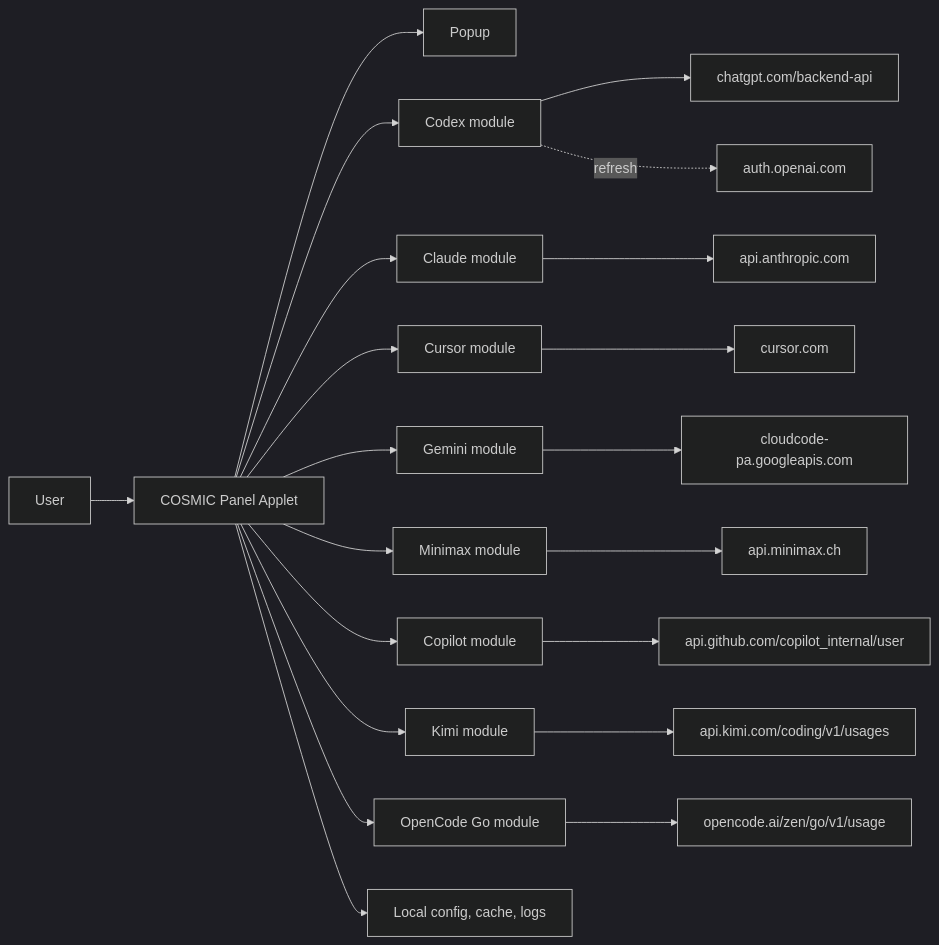
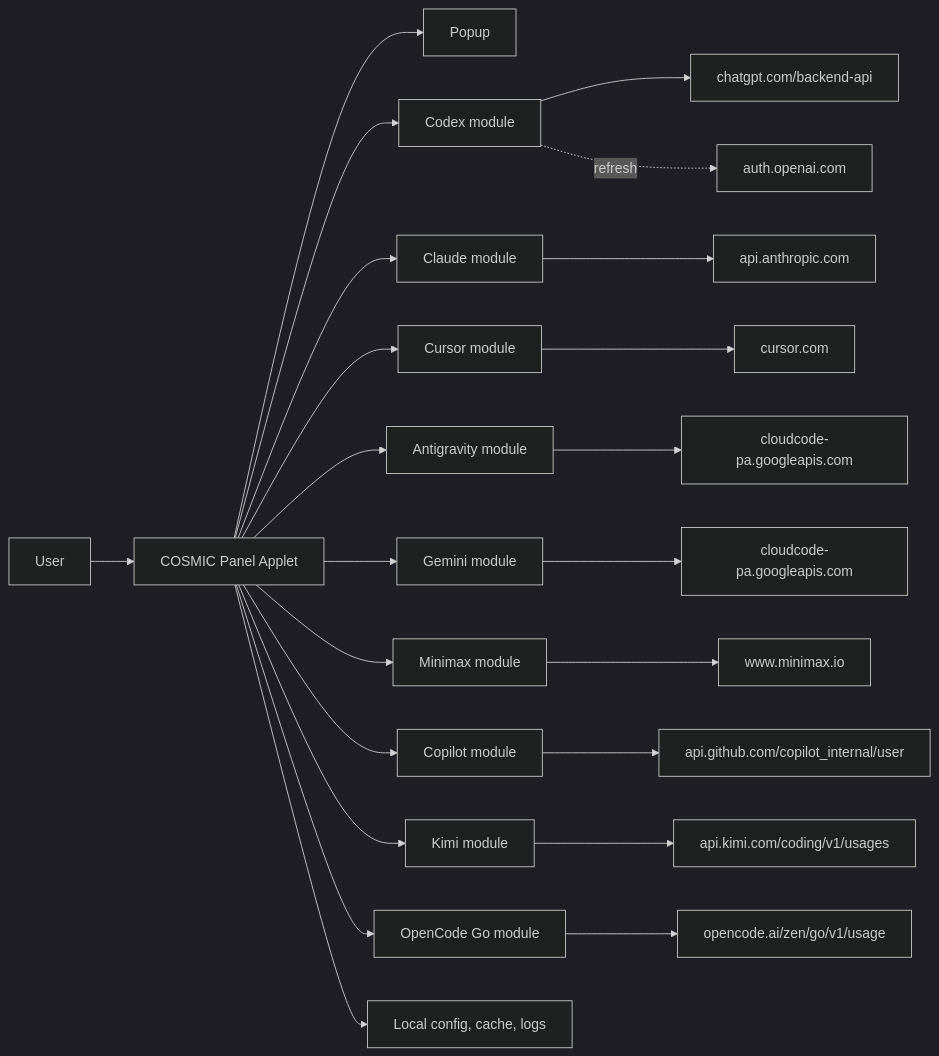
Before and after one commit to Phototonic/yapcap: the first of 2 diagrams in docs/spec.md, drawn with Mermaid (dark theme). The commit also changed other lines of this file and 142 other files, not shown here.

````diff
--- a/docs/spec.md
+++ b/docs/spec.md
@@ -76,23 +75,25 @@
 ```mermaid
 flowchart LR
     User[User] --> Panel[COSMIC Panel Applet]
     Panel --> Popup[Popup]
     Panel --> Codex[Codex module]
     Panel --> Claude[Claude module]
     Panel --> Cursor[Cursor module]
+    Panel --> Antigravity[Antigravity module]
     Panel --> Gemini[Gemini module]
     Panel --> Minimax[Minimax module]
     Panel --> Copilot[Copilot module]
     Panel --> Kimi[Kimi module]
     Panel --> OpenCodeGo[OpenCode Go module]
     Codex --> OpenAI[chatgpt.com/backend-api]
     Codex -.refresh.-> OpenAIAuth[auth.openai.com]
     Claude --> Anthropic[api.anthropic.com]
     Cursor --> CursorAPI[cursor.com]
+    Antigravity --> AntigravityAPI[cloudcode-pa.googleapis.com]
     Gemini --> GeminiAPI[cloudcode-pa.googleapis.com]
-    Minimax --> MinimaxAPI[api.minimax.ch]
+    Minimax --> MinimaxAPI[www.minimax.io]
     Copilot --> GitHubCopilot[api.github.com/copilot_internal/user]
     Kimi --> KimiAPI[api.kimi.com/coding/v1/usages]
     OpenCodeGo --> OpenCodeGoAPI[opencode.ai/zen/go/v1/usage]
     Panel --> Local[Local config, cache, logs]
 ```
````
